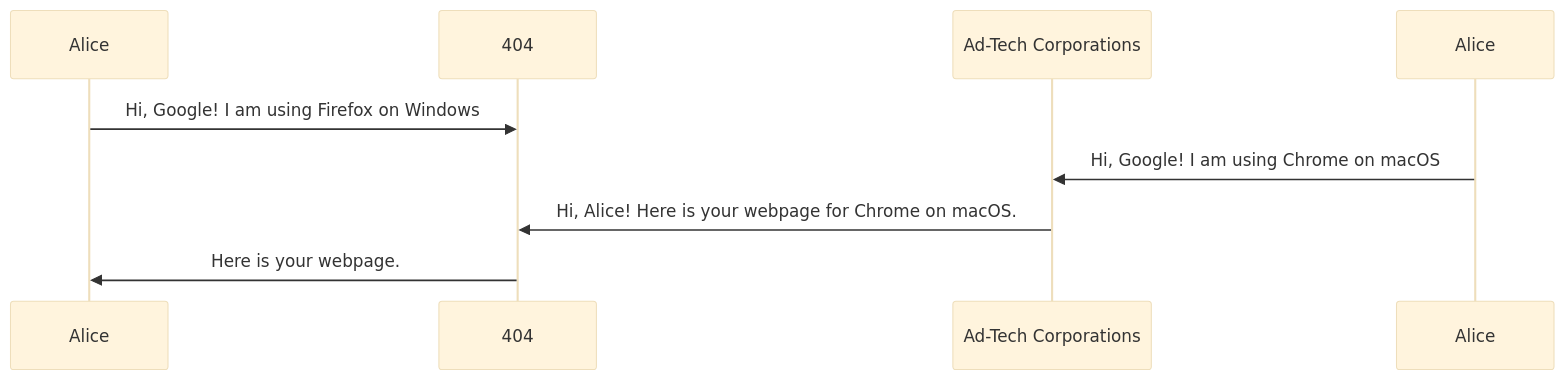
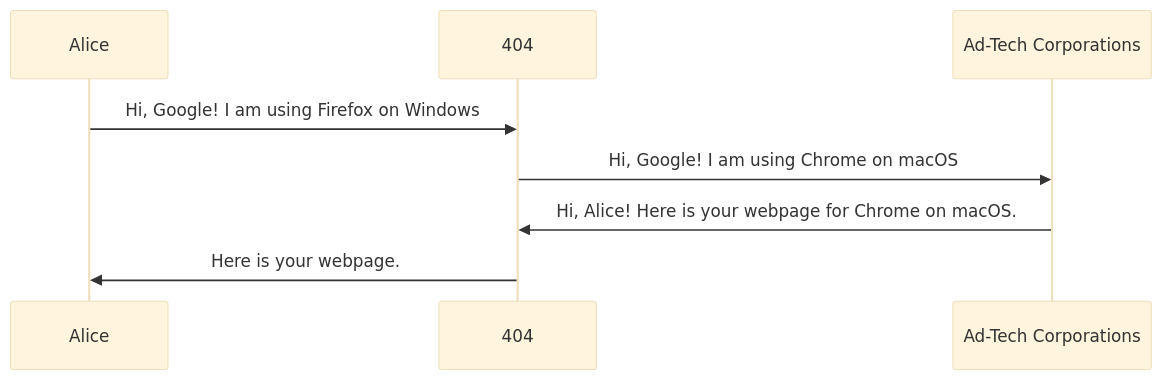
One commit to un-nf/404-docs changed the diagram in docs/index.md. Above: the diagram before and after it, drawn with Mermaid (base theme).

Commit message:
Okay genuine clarity.

````diff
--- a/docs/index.md
+++ b/docs/index.md
@@ -23,10 +23,10 @@
 ```mermaid
 sequenceDiagram
     participant F as Alice
     participant 404
     participant A as Ad-Tech Corporations
     F->>404: Hi, Google! I am using Firefox on Windows
-    Alice->>A: Hi, Google! I am using Chrome on macOS
+    404->>A: Hi, Google! I am using Chrome on macOS
     A->>404: Hi, Alice! Here is your webpage for Chrome on macOS.
     404->>F: Here is your webpage.
 ```
````
